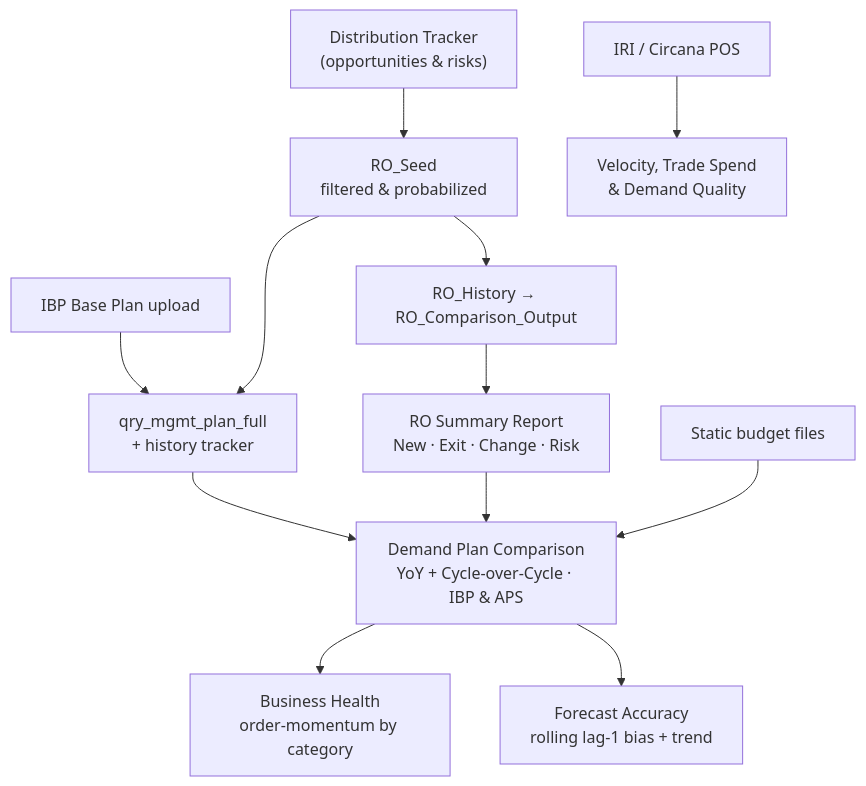
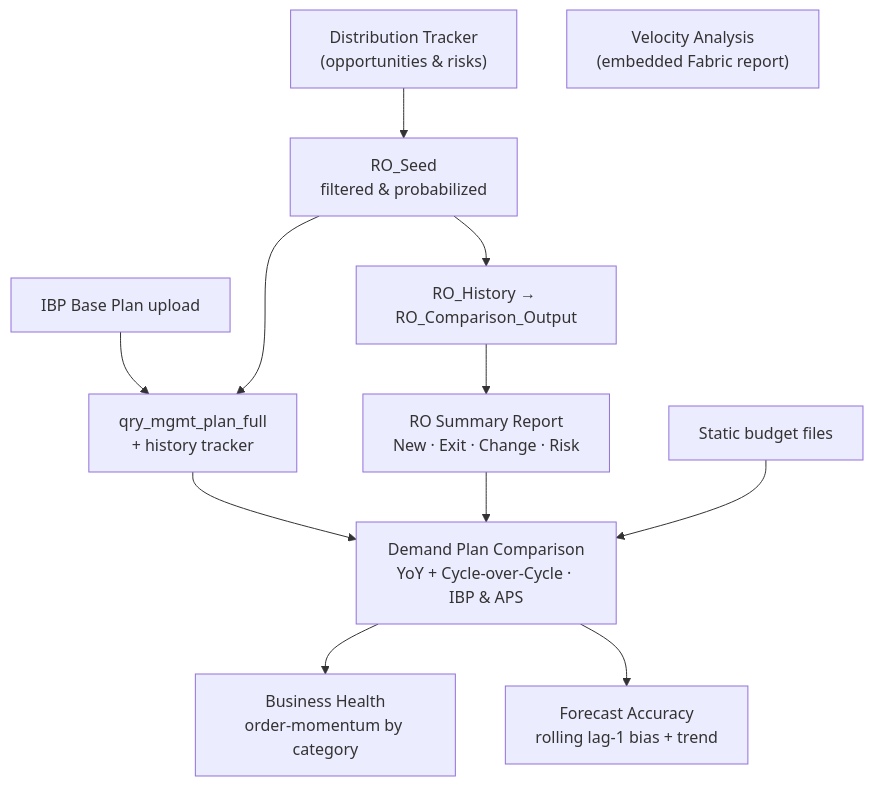
Before and after one commit to QiaoweiW/Pricing_Execution_Assistant: the fifth of 5 diagrams in README.md, drawn with Mermaid. The commit also changed other lines of this file and 12 other files, not shown here.

````diff
--- a/README.md
+++ b/README.md
@@ -152,16 +152,16 @@
 ```mermaid
 flowchart TD
     DT["Distribution Tracker<br/>(opportunities & risks)"] --> SEED["RO_Seed<br/>filtered & probabilized"]
     IBP["IBP Base Plan upload"] --> MGMT["qry_mgmt_plan_full<br/>+ history tracker"]
     SEED --> MGMT
     SEED --> HIST["RO_History → RO_Comparison_Output"]
     HIST --> ROSUM["RO Summary Report<br/>New · Exit · Change · Risk"]
 
     MGMT --> CMP["Demand Plan Comparison<br/>YoY + Cycle-over-Cycle · IBP & APS"]
     ROSUM --> CMP
     BUD["Static budget files"] --> CMP
 
     CMP --> BH["Business Health<br/>order-momentum by category"]
     CMP --> FA["Forecast Accuracy<br/>rolling lag-1 bias + trend"]
-    POS["IRI / Circana POS"] --> VEL["Velocity, Trade Spend<br/>& Demand Quality"]
+    VEL["Velocity Analysis<br/>(embedded Fabric report)"]
 ```
````
